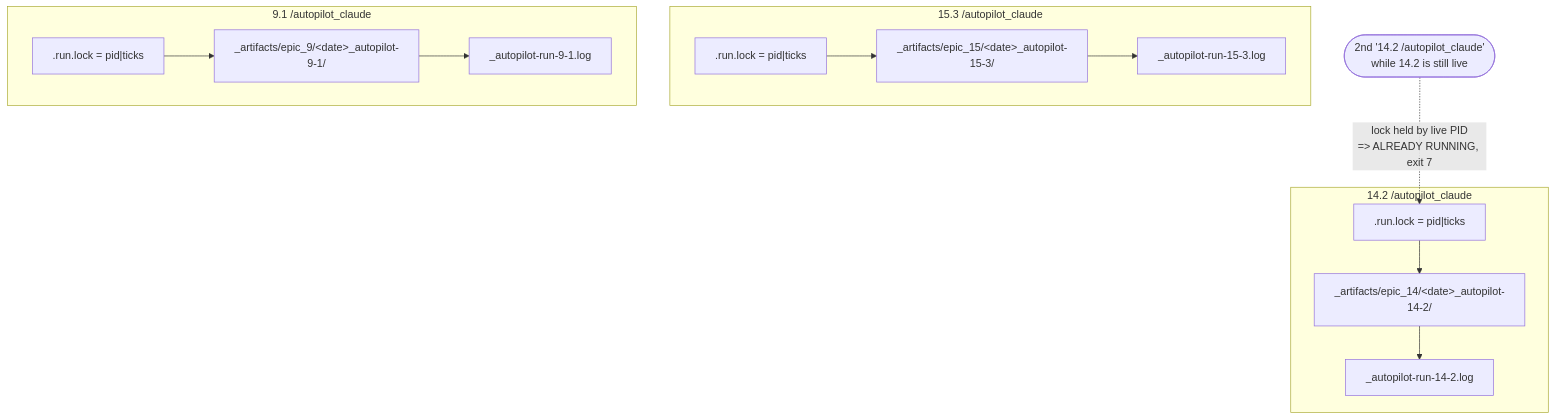
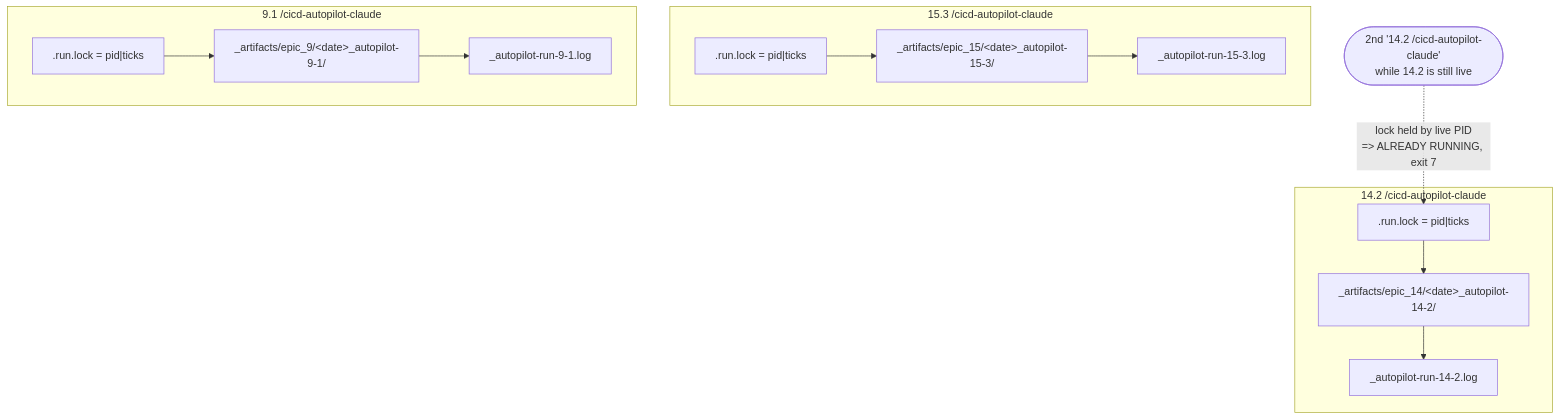
One commit to sudomadhatter/Sudo_Hatter_Command changed the fifth of 5 diagrams in _my_resources/diagrams_guides/system/autopilot_bmad_dev_loop.md. Above: the diagram before and after it, drawn with Mermaid. The commit also changed other lines of this file and 402 other files, not shown here.

````diff
--- a/_my_resources/diagrams_guides/system/autopilot_bmad_dev_loop.md
+++ b/_my_resources/diagrams_guides/system/autopilot_bmad_dev_loop.md
@@ -274,16 +274,16 @@
 ```mermaid
 flowchart TB
-    subgraph A["14.2 /autopilot_claude"]
+    subgraph A["14.2 /cicd-autopilot-claude"]
         LA[".run.lock = pid|ticks"] --> RA["_artifacts/epic_14/&lt;date&gt;_autopilot-14-2/"]
         RA --> GA["_autopilot-run-14-2.log"]
     end
-    subgraph B["15.3 /autopilot_claude"]
+    subgraph B["15.3 /cicd-autopilot-claude"]
         LB[".run.lock = pid|ticks"] --> RB["_artifacts/epic_15/&lt;date&gt;_autopilot-15-3/"]
         RB --> GB["_autopilot-run-15-3.log"]
     end
-    subgraph C["9.1 /autopilot_claude"]
+    subgraph C["9.1 /cicd-autopilot-claude"]
         LC[".run.lock = pid|ticks"] --> RC["_artifacts/epic_9/&lt;date&gt;_autopilot-9-1/"]
         RC --> GC["_autopilot-run-9-1.log"]
     end
-    DUP(["2nd '14.2 /autopilot_claude'<br/>while 14.2 is still live"]) -.->|"lock held by live PID<br/>=> ALREADY RUNNING, exit 7"| LA
+    DUP(["2nd '14.2 /cicd-autopilot-claude'<br/>while 14.2 is still live"]) -.->|"lock held by live PID<br/>=> ALREADY RUNNING, exit 7"| LA
 ```
````
